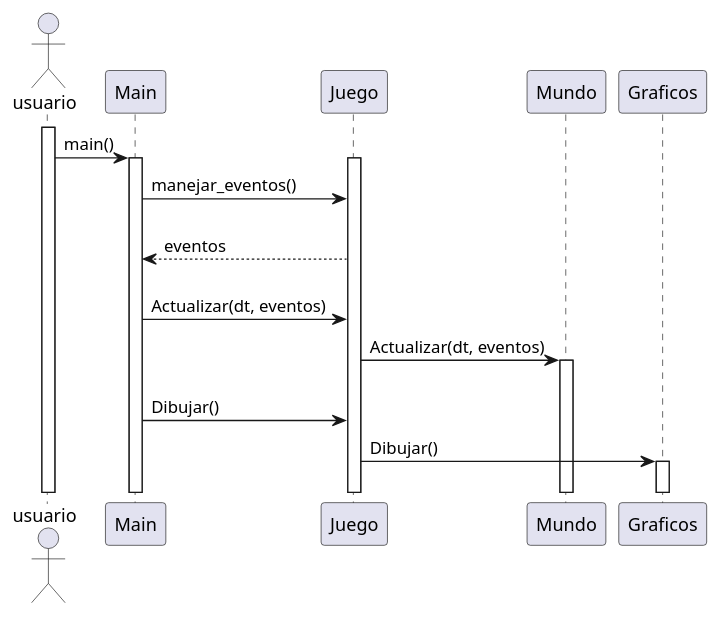
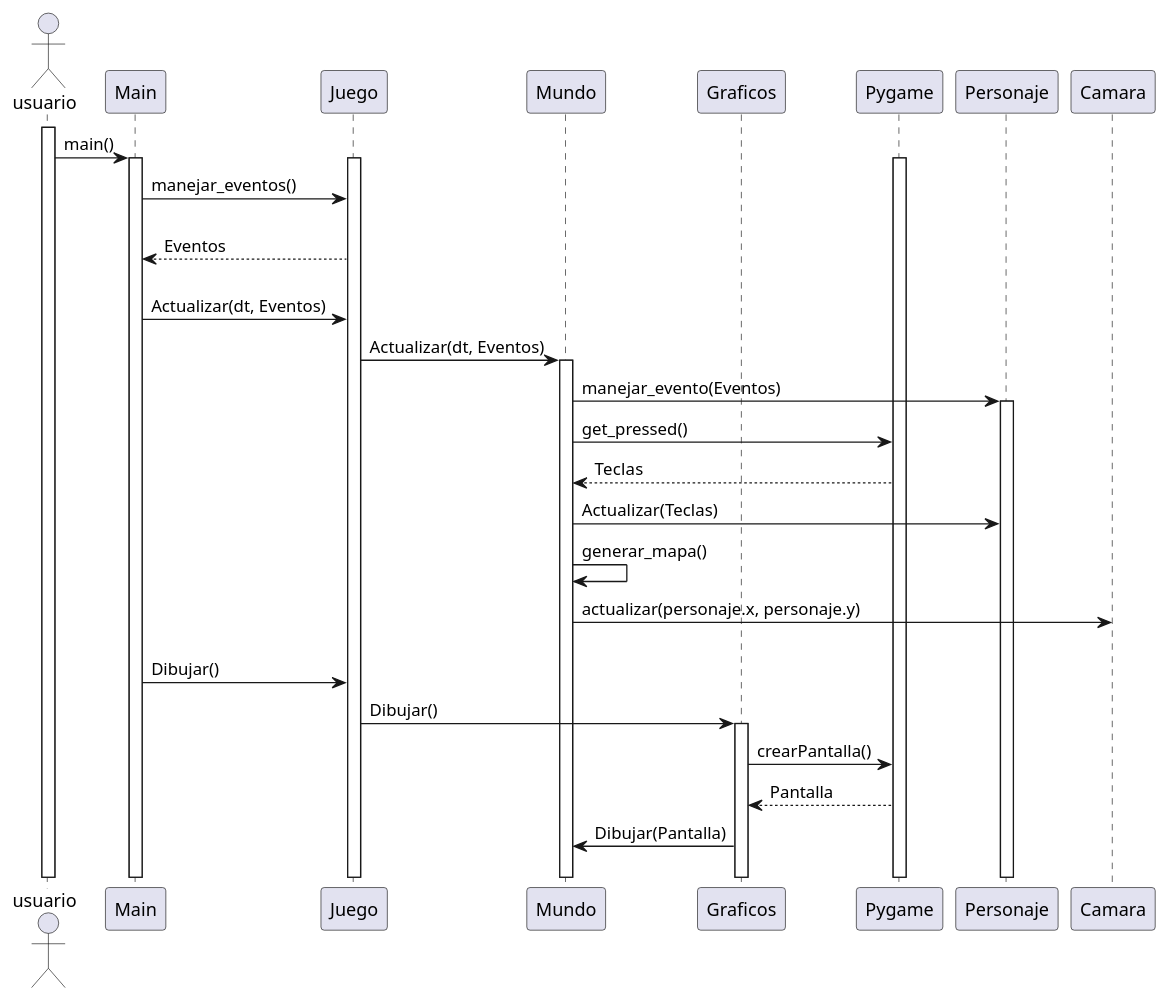
The diagram in doc/secuencia.puml (JosiasTomasnanez/SatisPlanning-game), drawn with PlantUML before and after one commit.

Commit message:
Comenzando Diagrama de secuencia

```diff
--- a/doc/secuencia.puml
+++ b/doc/secuencia.puml
@@ -1,28 +1,41 @@
 @startuml DiagrmaSecuencia
 actor usuario
 participant Main
 participant Juego
 participant Mundo
+participant Graficos
+participant Pygame
 
 activate usuario
 
 usuario -> Main : main()
 activate Main
 activate Juego
+activate Pygame
 
 Main -> Juego : manejar_eventos()
 ||15||
-Main <-- Juego: eventos
+Main <-- Juego: Eventos
 ||15||
-Main -> Juego : Actualizar(dt, eventos)
-Juego-> Mundo : Actualizar(dt, eventos)
+Main -> Juego : Actualizar(dt, Eventos)
+Juego-> Mundo : Actualizar(dt, Eventos)
 activate Mundo
+Mundo -> Personaje: manejar_evento(Eventos)
+activate Personaje
+Mundo -> Pygame : get_pressed()
+Mundo <-- Pygame : Teclas
+Mundo -> Personaje: Actualizar(Teclas)
+Mundo -> Mundo : generar_mapa()
+Mundo -> Camara : actualizar(personaje.x, personaje.y)
 ||15||
 Main -> Juego : Dibujar()
 Juego -> Graficos : Dibujar()
 activate Graficos
+Graficos -> Pygame: crearPantalla()
+Graficos <-- Pygame: Pantalla
+Graficos -> Mundo: Dibujar(Pantalla)
 ||15||
 
 
 
 @enduml
```
